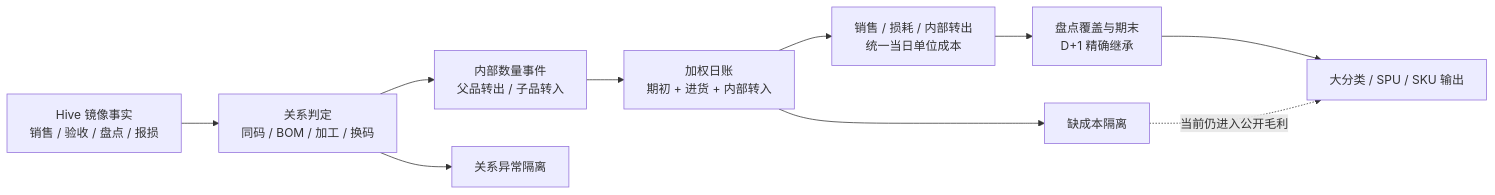
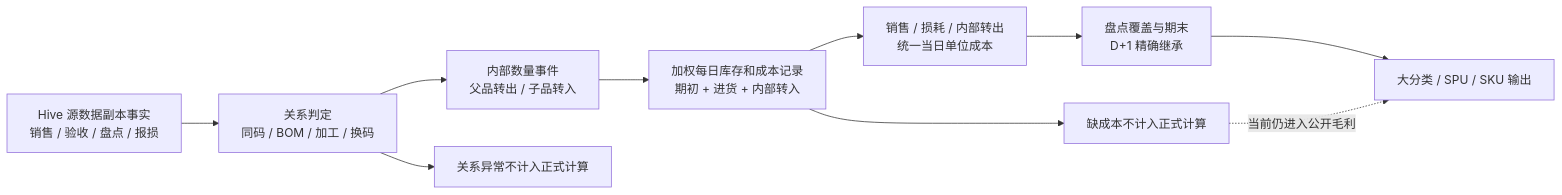
Before and after one commit to kate636/cuihua-data: the second of 2 diagrams in fmetl/docs/reviews/V0.14_CATEGORY_SPU_UNIT_PRICE_CHAIN_REVIEW.md, drawn with Mermaid. The commit also changed other lines of this file and 42 other files, not shown here.

````diff
--- a/fmetl/docs/reviews/V0.14_CATEGORY_SPU_UNIT_PRICE_CHAIN_REVIEW.md
+++ b/fmetl/docs/reviews/V0.14_CATEGORY_SPU_UNIT_PRICE_CHAIN_REVIEW.md
@@ -100,12 +100,12 @@
 ```mermaid
 flowchart LR
-    A["Hive 镜像事实<br/>销售 / 验收 / 盘点 / 报损"] --> B["关系判定<br/>同码 / BOM / 加工 / 换码"]
+    A["Hive 源数据副本事实<br/>销售 / 验收 / 盘点 / 报损"] --> B["关系判定<br/>同码 / BOM / 加工 / 换码"]
     B --> C["内部数量事件<br/>父品转出 / 子品转入"]
-    C --> D["加权日账<br/>期初 + 进货 + 内部转入"]
+    C --> D["加权每日库存和成本记录<br/>期初 + 进货 + 内部转入"]
     D --> E["销售 / 损耗 / 内部转出<br/>统一当日单位成本"]
     E --> F["盘点覆盖与期末<br/>D+1 精确继承"]
     F --> G["大分类 / SPU / SKU 输出"]
-    B --> Q["关系异常隔离"]
-    D --> Q2["缺成本隔离"]
+    B --> Q["关系异常不计入正式计算"]
+    D --> Q2["缺成本不计入正式计算"]
     Q2 -. "当前仍进入公开毛利" .-> G
 ```
````
